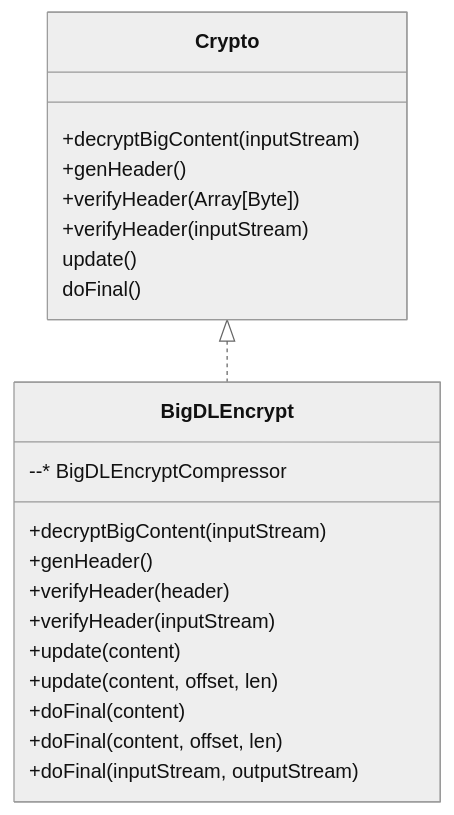
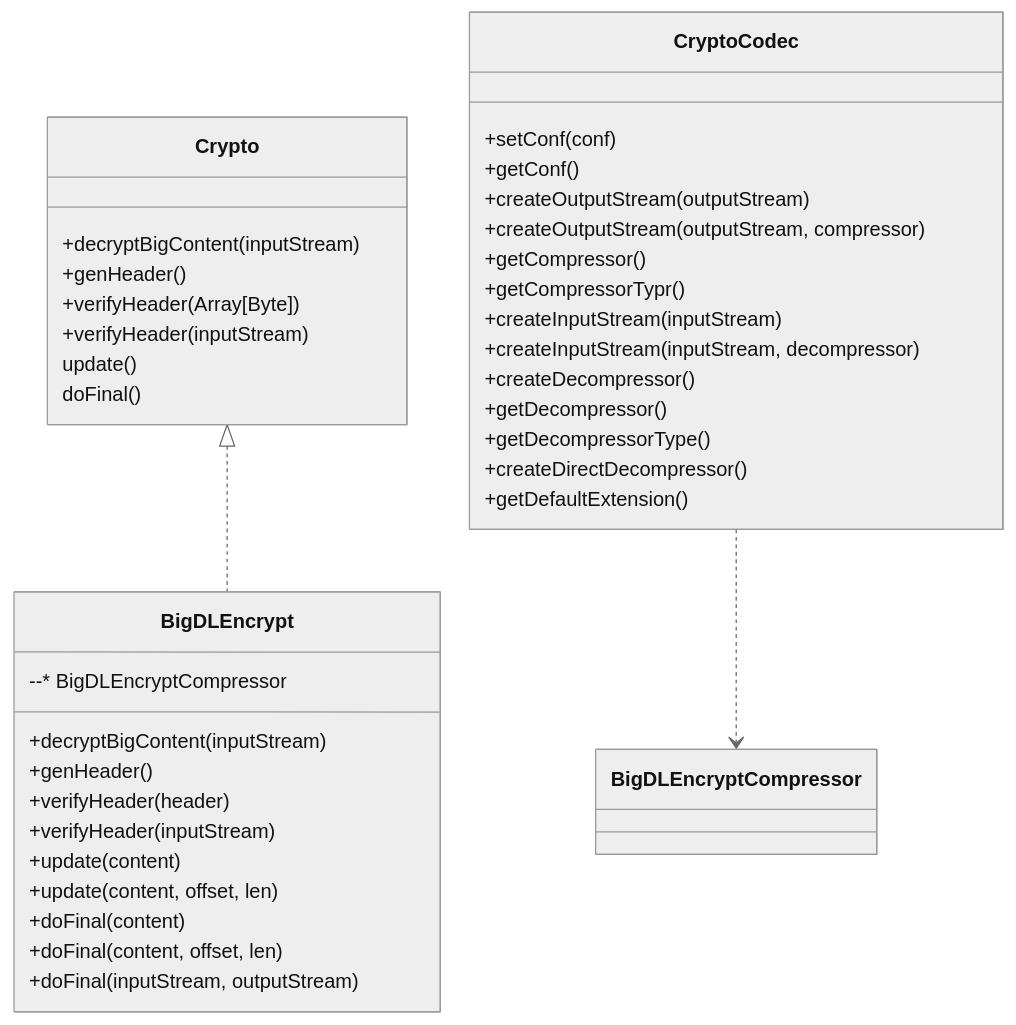
The diagram in scala/ppml/src/main/scala/com/intel/analytics/bigdl/ppml/crypto/README.md (intel-analytics/ipex-llm), drawn with Mermaid (neutral theme) before and after one commit.

````diff
--- a/scala/ppml/src/main/scala/com/intel/analytics/bigdl/ppml/crypto/README.md
+++ b/scala/ppml/src/main/scala/com/intel/analytics/bigdl/ppml/crypto/README.md
@@ -1,27 +1,42 @@
 ```mermaid
 classDiagram
 
     Crypto <|.. BigDLEncrypt
     Crypto: +decryptBigContent(inputStream)
     Crypto: +genHeader()
     Crypto: +verifyHeader(Array[Byte])
     Crypto: +verifyHeader(inputStream)
     Crypto: update()
     Crypto: doFinal()
 
     BigDLEncrypt: --* BigDLEncryptCompressor
     BigDLEncrypt: +decryptBigContent(inputStream)
     BigDLEncrypt: +genHeader()
     BigDLEncrypt: +verifyHeader(header)
     BigDLEncrypt: +verifyHeader(inputStream)
     BigDLEncrypt: +update(content)
     BigDLEncrypt: +update(content, offset, len)
     BigDLEncrypt: +doFinal(content)
     BigDLEncrypt: +doFinal(content, offset, len)
     BigDLEncrypt: +doFinal(inputStream, outputStream)
 
 
+    CryptoCodec ..> BigDLEncryptCompressor
+    CryptoCodec: +setConf(conf)
+    CryptoCodec: +getConf()
+    CryptoCodec: +createOutputStream(outputStream)
+    CryptoCodec: +createOutputStream(outputStream, compressor)
+    CryptoCodec: +getCompressor()
+    CryptoCodec: +getCompressorTypr()
+    CryptoCodec: +createInputStream(inputStream)
+    CryptoCodec: +createInputStream(inputStream, decompressor)
+    CryptoCodec: +createDecompressor()
+    CryptoCodec: +getDecompressor()
+    CryptoCodec: +getDecompressorType()
+    CryptoCodec: +createDirectDecompressor()
+    CryptoCodec: +getDefaultExtension()
+
 
 
 
 ```
````
